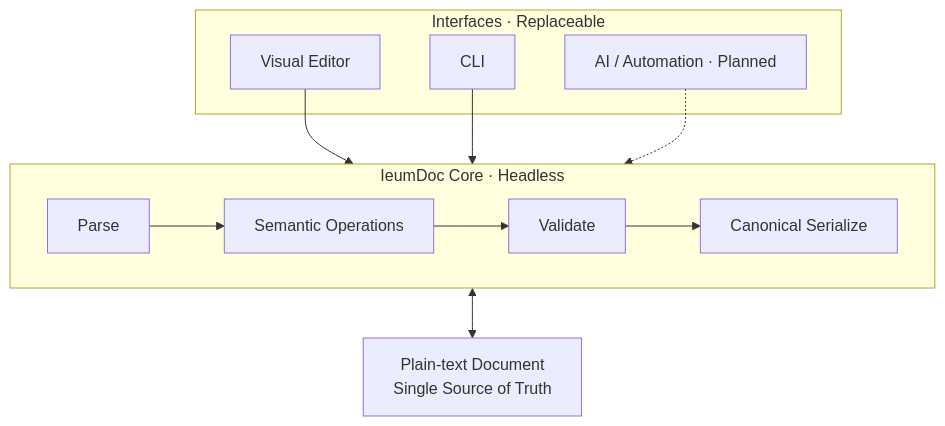
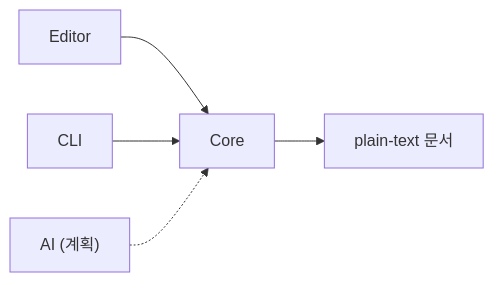
The diagram in README.md (ieumbird/ieumdoc), drawn with Mermaid before and after one commit. The commit also changed other lines of this file and 2 other files, not shown here.

````diff
--- a/README.md
+++ b/README.md
@@ -141,27 +84,7 @@
 ```mermaid
-flowchart TB
-    subgraph Interfaces["Interfaces · Replaceable"]
-        Editor["Visual Editor"]
-        CLI["CLI"]
-        AI["AI / Automation · Planned"]
-    end
-
-    subgraph Core["IeumDoc Core · Headless"]
-        Parse["Parse"]
-        Ops["Semantic Operations"]
-        Validate["Validate"]
-        Serialize["Canonical Serialize"]
-    end
-
-    Document["Plain-text Document<br/>Single Source of Truth"]
-
-    Editor --> Core
-    CLI --> Core
-    AI -.-> Core
-
-    Parse --> Ops
-    Ops --> Validate
-    Validate --> Serialize
-
-    Core <--> Document
+flowchart LR
+    Editor["Editor"] --> Core["Core"]
+    CLI["CLI"] --> Core
+    AI["AI (계획)"] -.-> Core
+    Core --> Document["plain-text 문서"]
 ```
````
